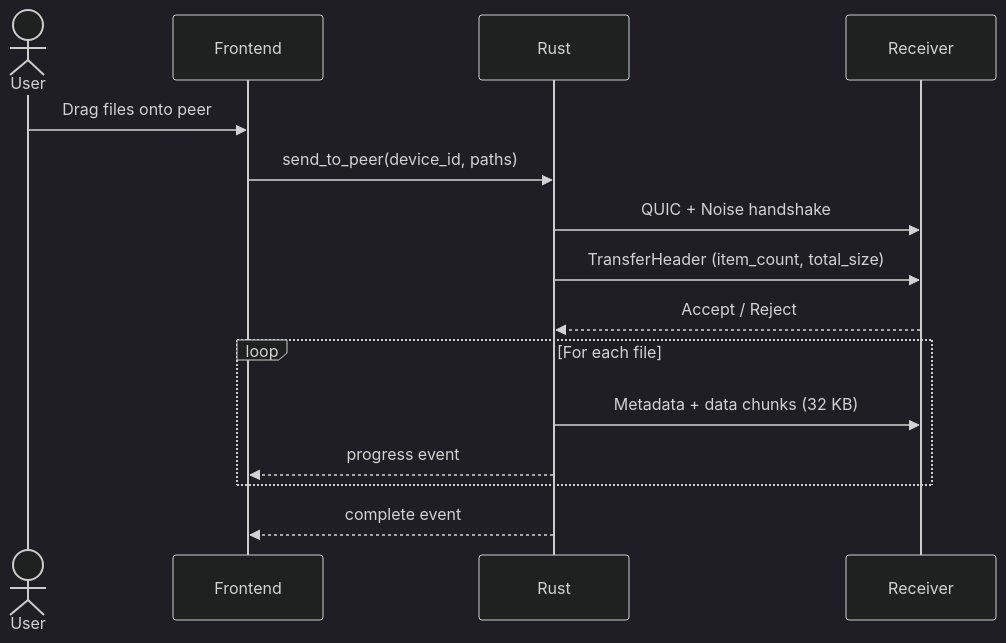
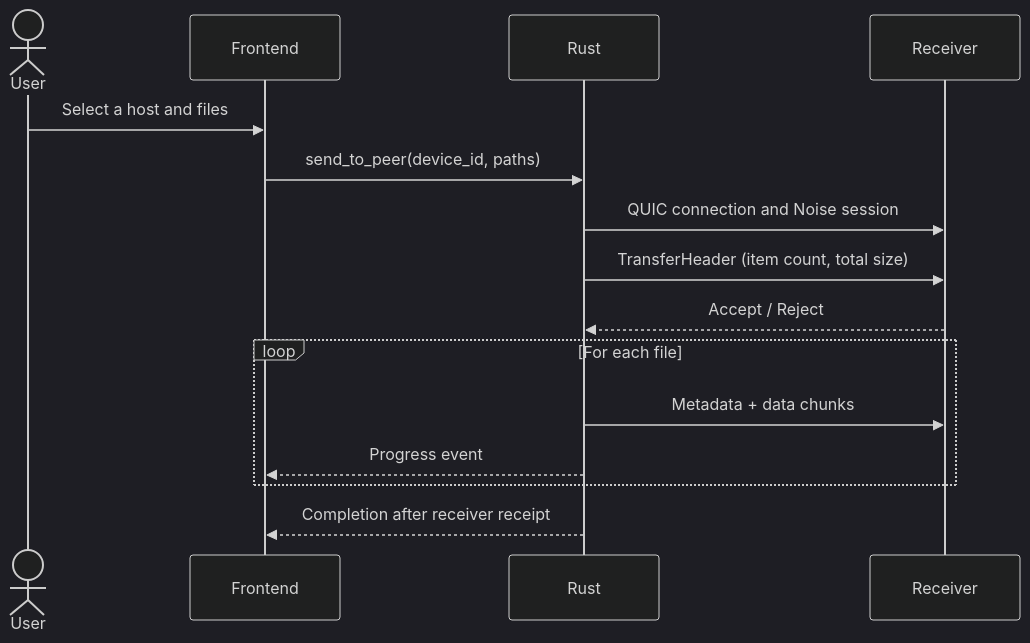
One commit to djalmajr/dukto changed the first of 2 diagrams in docs/concepts/overview.md. Above: the diagram before and after it, drawn with Mermaid (dark theme). The commit also changed other lines of this file and 84 other files, not shown here.

````diff
--- a/docs/concepts/overview.md
+++ b/docs/concepts/overview.md
@@ -35,18 +32,18 @@
 ```mermaid
 sequenceDiagram
   actor User
   participant UI as Frontend
   participant Rust
   participant Peer as Receiver
 
-  User->>UI: Drag files onto peer
+  User->>UI: Select a host and files
   UI->>Rust: send_to_peer(device_id, paths)
-  Rust->>Peer: QUIC + Noise handshake
-  Rust->>Peer: TransferHeader (item_count, total_size)
+  Rust->>Peer: QUIC connection and Noise session
+  Rust->>Peer: TransferHeader (item count, total size)
   Peer-->>Rust: Accept / Reject
   loop For each file
-    Rust->>Peer: Metadata + data chunks (32 KB)
-    Rust-->>UI: progress event
+    Rust->>Peer: Metadata + data chunks
+    Rust-->>UI: Progress event
   end
-  Rust-->>UI: complete event
+  Rust-->>UI: Completion after receiver receipt
 ```
````
